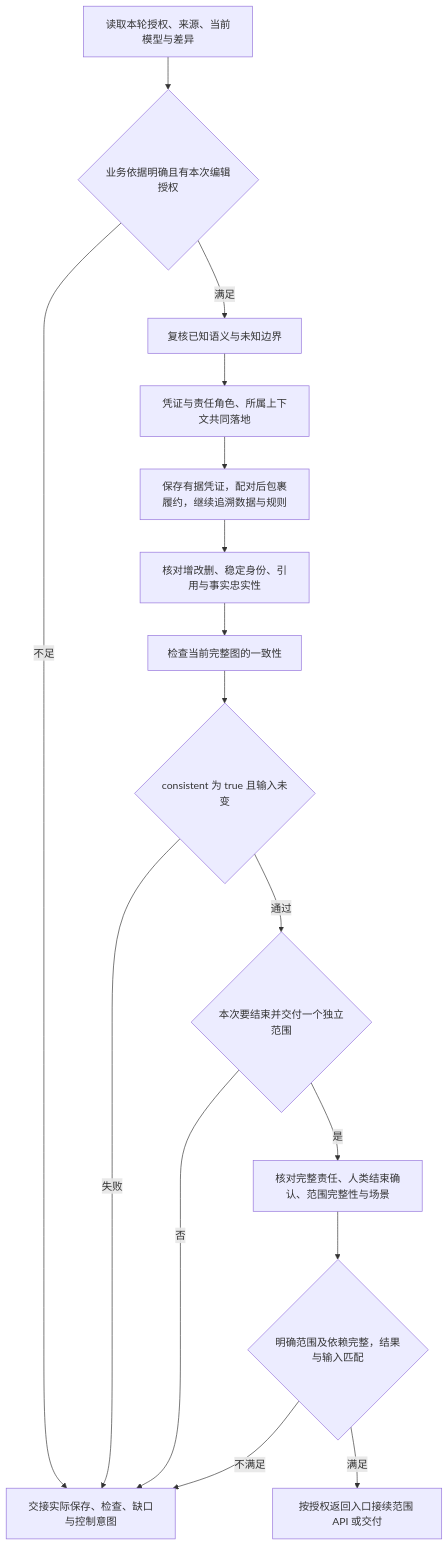
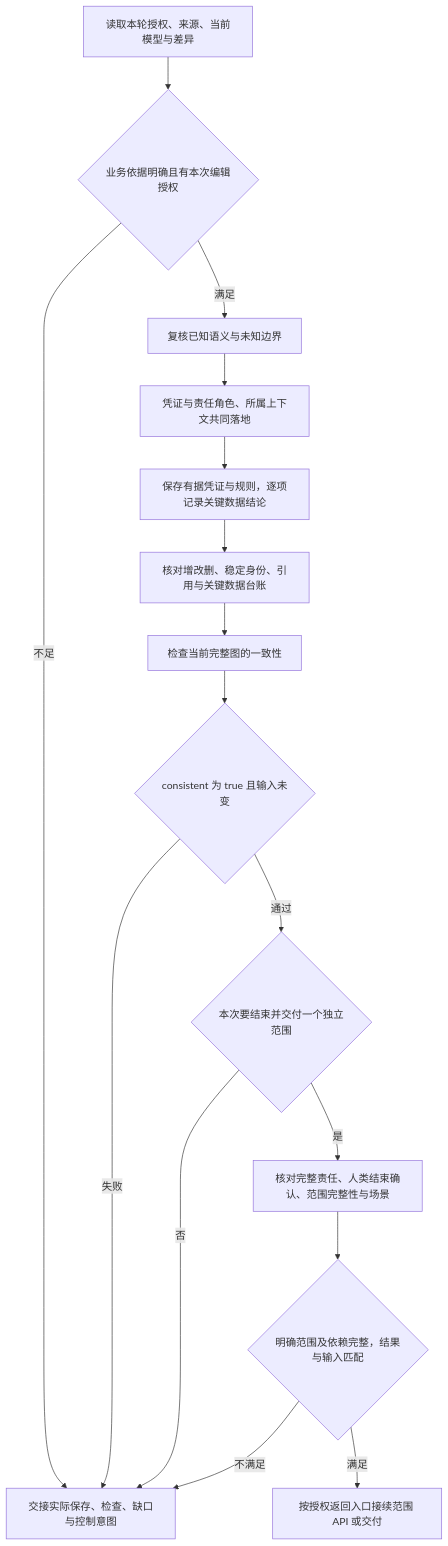
Before and after one commit to JayClock/Evidence-Framework: the diagram in .agents/skills/evidence-fm/references/editing-workflow.md, drawn with Mermaid. The commit also changed other lines of this file and 32 other files, not shown here.

````diff
--- a/.agents/skills/evidence-fm/references/editing-workflow.md
+++ b/.agents/skills/evidence-fm/references/editing-workflow.md
@@ -5,31 +5,31 @@
 ```mermaid
 flowchart TD
     input[读取本轮授权、来源、当前模型与差异]
     permission{业务依据明确且有本次编辑授权}
     mapping[复核已知语义与未知边界]
     pair[凭证与责任角色、所属上下文共同落地]
-    edit[保存有据凭证，配对后包裹履约，继续追溯数据与规则]
-    difference[核对增改删、稳定身份、引用与事实忠实性]
+    edit[保存有据凭证与规则，逐项记录关键数据结论]
+    difference[核对增改删、稳定身份、引用与关键数据台账]
     check[检查当前完整图的一致性]
     consistent{consistent 为 true 且输入未变}
     finish{本次要结束并交付一个独立范围}
     scope[核对完整责任、人类结束确认、范围完整性与场景]
     ready{明确范围及依赖完整，结果与输入匹配}
     handoff[交接实际保存、检查、缺口与控制意图]
     downstream[按授权返回入口接续范围 API 或交付]
     input --> permission
     permission -->|不足| handoff
     permission -->|满足| mapping
     mapping --> pair
     pair --> edit
     edit --> difference
     difference --> check
     check --> consistent
     consistent -->|失败| handoff
     consistent -->|通过| finish
     finish -->|否| handoff
     finish -->|是| scope
     scope --> ready
     ready -->|不满足| handoff
     ready -->|满足| downstream
 ```
````
